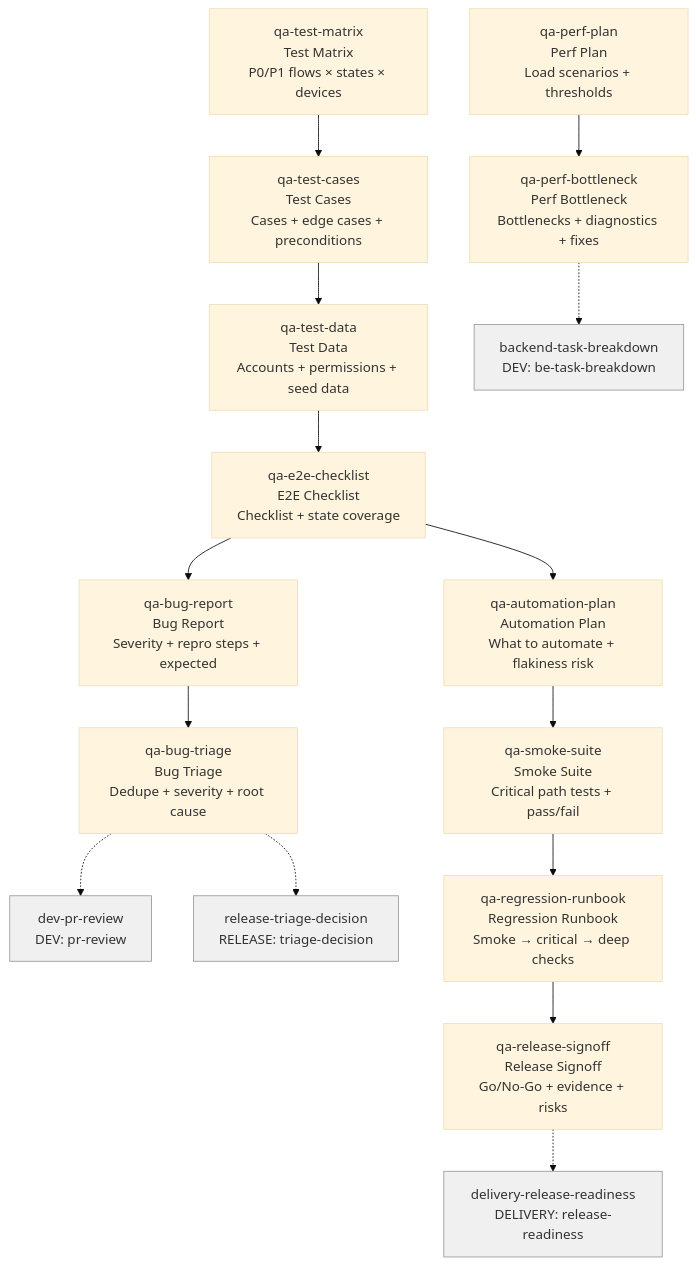
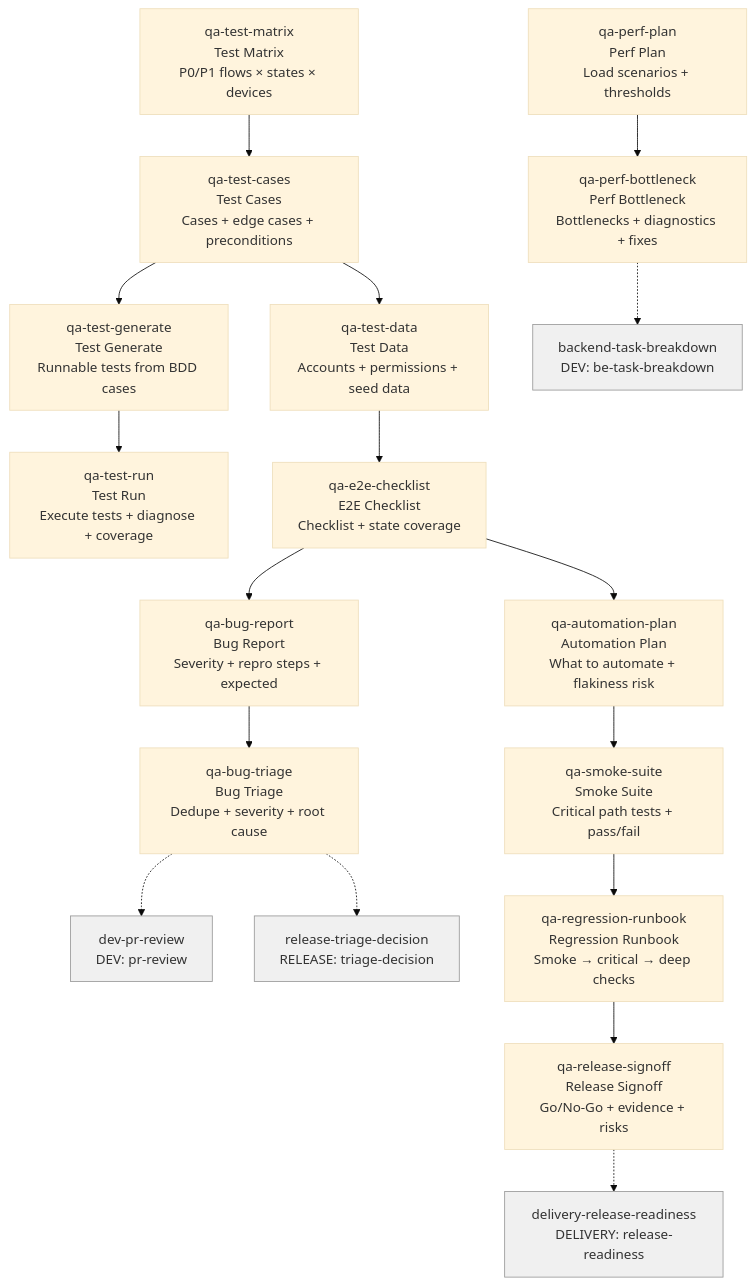
The diagram in docs/roadmap/tasks/role-skills/qa.md (parhumm/jaan-to), drawn with Mermaid (base theme) before and after one commit. The commit also changed other lines of this file and 8 other files, not shown here.

First line of the commit message:
feat(qa): add qa-test-run skill — execute tests, diagnose failures, report coverage

````diff
--- a/docs/roadmap/tasks/role-skills/qa.md
+++ b/docs/roadmap/tasks/role-skills/qa.md
@@ -14,22 +14,24 @@
 ```mermaid
 flowchart TD
     jaan-to-qa-test-matrix["qa-test-matrix<br>Test Matrix<br>P0/P1 flows × states × devices"] --> qa-test-cases["qa-test-cases<br>Test Cases<br>Cases + edge cases + preconditions"]
+    qa-test-cases["qa-test-cases<br>Test Cases<br>Cases + edge cases + preconditions"] --> jaan-to-qa-test-generate["qa-test-generate<br>Test Generate<br>Runnable tests from BDD cases"]
+    jaan-to-qa-test-generate["qa-test-generate<br>Test Generate<br>Runnable tests from BDD cases"] --> jaan-to-qa-test-run["qa-test-run<br>Test Run<br>Execute tests + diagnose + coverage"]
     qa-test-cases["qa-test-cases<br>Test Cases<br>Cases + edge cases + preconditions"] --> jaan-to-qa-test-data["qa-test-data<br>Test Data<br>Accounts + permissions + seed data"]
     jaan-to-qa-test-data["qa-test-data<br>Test Data<br>Accounts + permissions + seed data"] --> jaan-to-qa-e2e-checklist["qa-e2e-checklist<br>E2E Checklist<br>Checklist + state coverage"]
     jaan-to-qa-e2e-checklist["qa-e2e-checklist<br>E2E Checklist<br>Checklist + state coverage"] --> jaan-to-qa-bug-report["qa-bug-report<br>Bug Report<br>Severity + repro steps + expected"]
     jaan-to-qa-e2e-checklist["qa-e2e-checklist<br>E2E Checklist<br>Checklist + state coverage"] --> jaan-to-qa-automation-plan["qa-automation-plan<br>Automation Plan<br>What to automate + flakiness risk"]
     jaan-to-qa-bug-report["qa-bug-report<br>Bug Report<br>Severity + repro steps + expected"] --> jaan-to-qa-bug-triage["qa-bug-triage<br>Bug Triage<br>Dedupe + severity + root cause"]
     jaan-to-qa-bug-triage["qa-bug-triage<br>Bug Triage<br>Dedupe + severity + root cause"] -.-> jaan-to-dev-pr-review["dev-pr-review<br>DEV: pr-review"]
     jaan-to-qa-bug-triage["qa-bug-triage<br>Bug Triage<br>Dedupe + severity + root cause"] -.-> jaan-to-release-triage-decision["release-triage-decision<br>RELEASE: triage-decision"]
     jaan-to-qa-perf-plan["qa-perf-plan<br>Perf Plan<br>Load scenarios + thresholds"] --> jaan-to-qa-perf-bottleneck["qa-perf-bottleneck<br>Perf Bottleneck<br>Bottlenecks + diagnostics + fixes"]
     jaan-to-qa-perf-bottleneck["qa-perf-bottleneck<br>Perf Bottleneck<br>Bottlenecks + diagnostics + fixes"] -.-> backend-task-breakdown["backend-task-breakdown<br>DEV: be-task-breakdown"]
     jaan-to-qa-automation-plan["qa-automation-plan<br>Automation Plan<br>What to automate + flakiness risk"] --> jaan-to-qa-smoke-suite["qa-smoke-suite<br>Smoke Suite<br>Critical path tests + pass/fail"]
     jaan-to-qa-smoke-suite["qa-smoke-suite<br>Smoke Suite<br>Critical path tests + pass/fail"] --> jaan-to-qa-regression-runbook["qa-regression-runbook<br>Regression Runbook<br>Smoke → critical → deep checks"]
     jaan-to-qa-regression-runbook["qa-regression-runbook<br>Regression Runbook<br>Smoke → critical → deep checks"] --> jaan-to-qa-release-signoff["qa-release-signoff<br>Release Signoff<br>Go/No-Go + evidence + risks"]
     jaan-to-qa-release-signoff["qa-release-signoff<br>Release Signoff<br>Go/No-Go + evidence + risks"] -.-> jaan-to-delivery-release-readiness["delivery-release-readiness<br>DELIVERY: release-readiness"]
 
     style jaan-to-dev-pr-review fill:#f0f0f0,stroke:#999
     style jaan-to-release-triage-decision fill:#f0f0f0,stroke:#999
     style backend-task-breakdown fill:#f0f0f0,stroke:#999
     style jaan-to-delivery-release-readiness fill:#f0f0f0,stroke:#999
 ```
````
